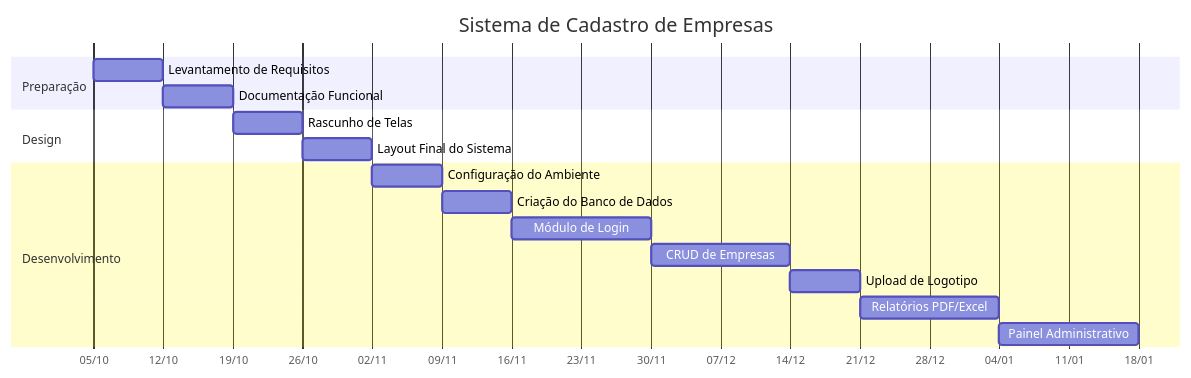
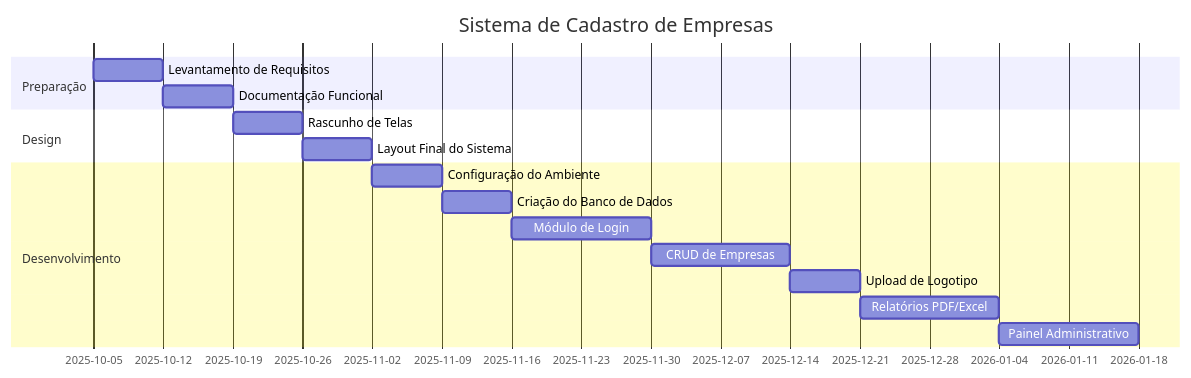
One commit to LucasBParada/modelos-gantt-crystal changed the diagram in README.md. Above: the diagram before and after it, drawn with Mermaid.

````diff
--- a/README.md
+++ b/README.md
@@ -1,23 +1,22 @@
 ```mermaid
 gantt
     title Sistema de Cadastro de Empresas
     dateFormat  YYYY-MM-DD
-    axisFormat  %d/%m
 
     section Preparação
     Levantamento de Requisitos       :a1, 2025-10-05, 7d
     Documentação Funcional           :a2, after a1, 7d
 
     section Design
     Rascunho de Telas                :a3, after a2, 7d
     Layout Final do Sistema          :a4, after a3, 7d
 
     section Desenvolvimento
     Configuração do Ambiente         :a5, after a4, 7d
     Criação do Banco de Dados        :a6, after a5, 7d
     Módulo de Login                  :a7, after a6, 14d
     CRUD de Empresas                 :a8, after a7, 14d
     Upload de Logotipo               :a9, after a8, 7d
     Relatórios PDF/Excel             :a10, after a9, 14d
     Painel Administrativo            :a11, after a10, 14d
 ```
````
